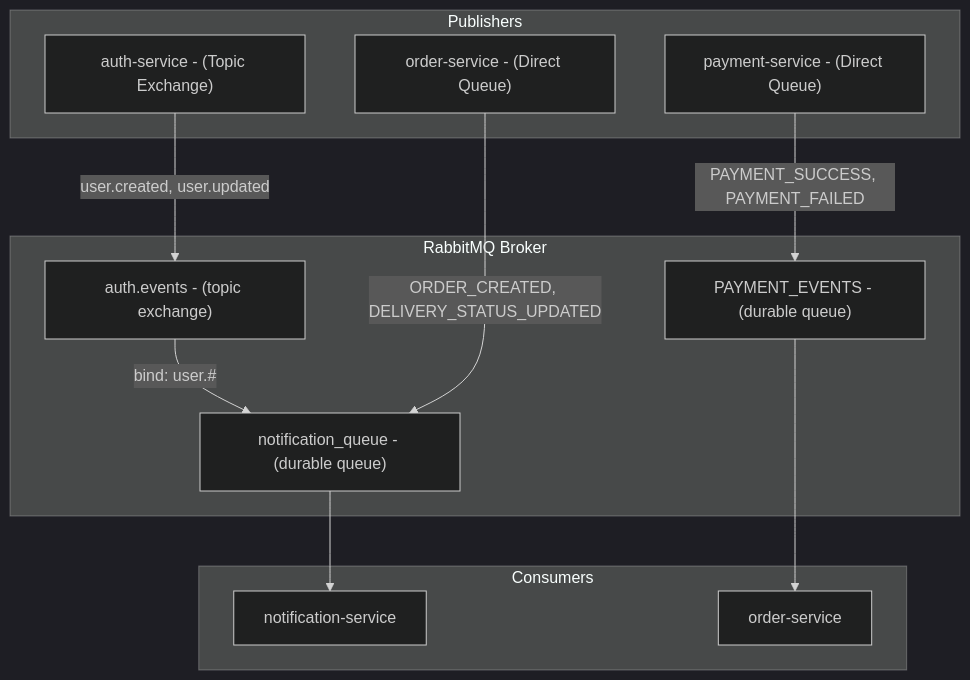
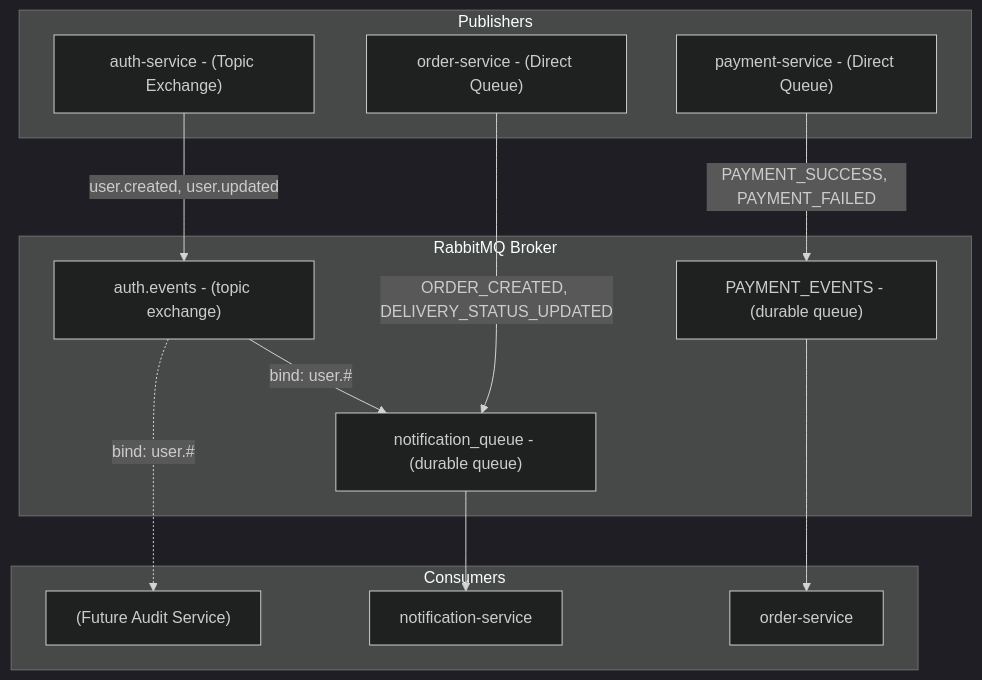
Before and after one commit to Food-Delivery-Aggregator/.github: the second of 22 diagrams in profile/README.md, drawn with Mermaid (dark theme). The commit also changed other lines of this file, not shown here.

````diff
--- a/profile/README.md
+++ b/profile/README.md
@@ -181,28 +184,30 @@
 ```mermaid
 flowchart TD
     subgraph "Publishers"
         AUTH_PUB["auth-service - (Topic Exchange)"]
         ORDER_PUB["order-service - (Direct Queue)"]
         PAY_PUB["payment-service - (Direct Queue)"]
     end
 
     subgraph "RabbitMQ Broker"
         EXCHANGE_AUTH["auth.events - (topic exchange)"]
         QUEUE_NOTIF["notification_queue - (durable queue)"]
         QUEUE_PAY_EVENTS["PAYMENT_EVENTS - (durable queue)"]
     end
 
     subgraph "Consumers"
         NOTIFY_CON["notification-service"]
         ORDER_CON["order-service"]
+        AUDIT_CON["(Future Audit Service)"]
     end
 
     AUTH_PUB -->|"user.created, user.updated"| EXCHANGE_AUTH
     EXCHANGE_AUTH -->|"bind: user.#"| QUEUE_NOTIF
+    EXCHANGE_AUTH -.->|"bind: user.#"| AUDIT_CON
 
     ORDER_PUB -->|"ORDER_CREATED, DELIVERY_STATUS_UPDATED"| QUEUE_NOTIF
     PAY_PUB -->|"PAYMENT_SUCCESS, PAYMENT_FAILED"| QUEUE_PAY_EVENTS
 
     QUEUE_NOTIF --> NOTIFY_CON
     QUEUE_PAY_EVENTS --> ORDER_CON
 ```
````
